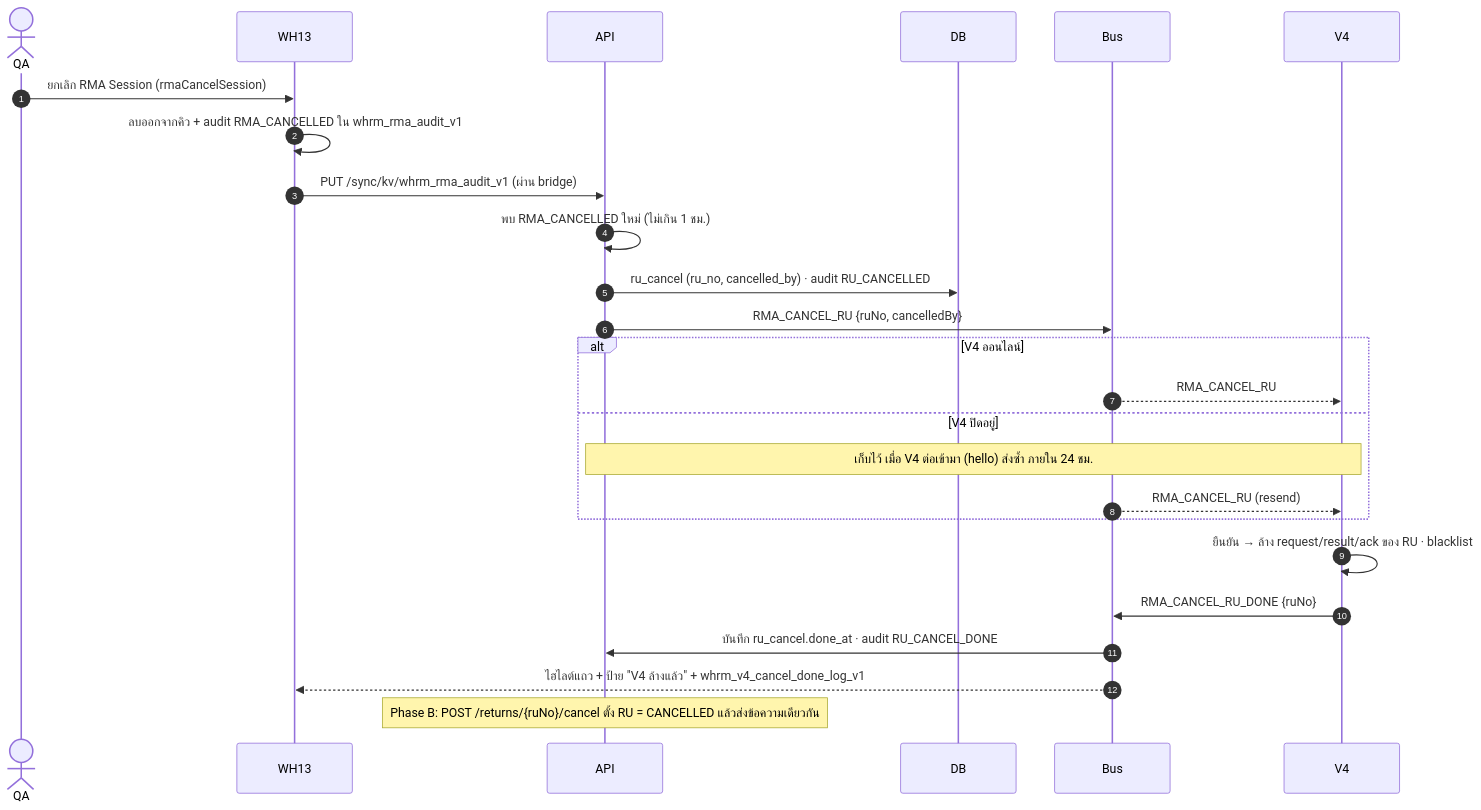
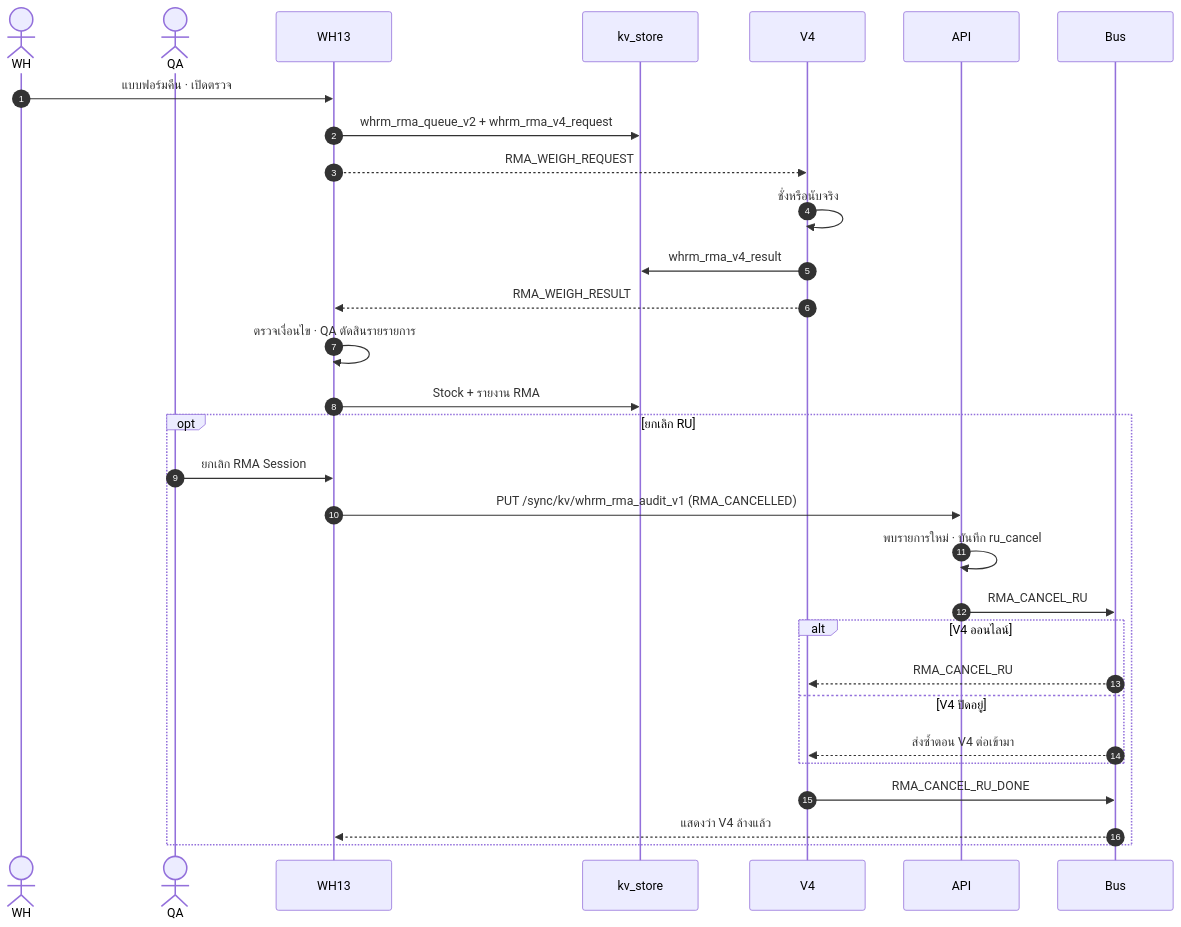
One commit to Aum2010/WHSM-1791103979 changed diagram 13 of 14 in docs/01-sequence-diagrams.md. Above: the diagram before and after it, drawn with Mermaid. The commit also changed other lines of this file and 3 other files, not shown here.

Commit message:
Docs: update sequence diagrams to current system; record customer decisions

````diff
--- a/docs/01-sequence-diagrams.md
+++ b/docs/01-sequence-diagrams.md
@@ -476,28 +446,33 @@
 ```mermaid
 sequenceDiagram
     autonumber
-    actor QA
+    actor WH
+    actor QAUser as QA
     participant WH13
+    participant KV as kv_store
+    participant V4
     participant API
-    participant DB
     participant Bus
-    participant V4
 
-    QA->>WH13: ยกเลิก RMA Session (rmaCancelSession)
-    WH13->>WH13: ลบออกจากคิว + audit RMA_CANCELLED ใน whrm_rma_audit_v1
-    WH13->>API: PUT /sync/kv/whrm_rma_audit_v1 (ผ่าน bridge)
-    API->>API: พบ RMA_CANCELLED ใหม่ (ไม่เกิน 1 ชม.)
-    API->>DB: ru_cancel (ru_no, cancelled_by) · audit RU_CANCELLED
-    API->>Bus: RMA_CANCEL_RU {ruNo, cancelledBy}
-    alt V4 ออนไลน์
-        Bus-->>V4: RMA_CANCEL_RU
-    else V4 ปิดอยู่
-        Note over API,V4: เก็บไว้ เมื่อ V4 ต่อเข้ามา (hello) ส่งซ้ำ ภายใน 24 ชม.
-        Bus-->>V4: RMA_CANCEL_RU (resend)
+    WH->>WH13: แบบฟอร์มคืน · เปิดตรวจ
+    WH13->>KV: whrm_rma_queue_v2 + whrm_rma_v4_request
+    WH13-->>V4: RMA_WEIGH_REQUEST
+    V4->>V4: ชั่งหรือนับจริง
+    V4->>KV: whrm_rma_v4_result
+    V4-->>WH13: RMA_WEIGH_RESULT
+    WH13->>WH13: ตรวจเงื่อนไข · QA ตัดสินรายรายการ
+    WH13->>KV: Stock + รายงาน RMA
+    opt ยกเลิก RU
+        QAUser->>WH13: ยกเลิก RMA Session
+        WH13->>API: PUT /sync/kv/whrm_rma_audit_v1 (RMA_CANCELLED)
+        API->>API: พบรายการใหม่ · บันทึก ru_cancel
+        API->>Bus: RMA_CANCEL_RU
+        alt V4 ออนไลน์
+            Bus-->>V4: RMA_CANCEL_RU
+        else V4 ปิดอยู่
+            Bus-->>V4: ส่งซ้ำตอน V4 ต่อเข้ามา
+        end
+        V4->>Bus: RMA_CANCEL_RU_DONE
+        Bus-->>WH13: แสดงว่า V4 ล้างแล้ว
     end
-    V4->>V4: ยืนยัน → ล้าง request/result/ack ของ RU · blacklist
-    V4->>Bus: RMA_CANCEL_RU_DONE {ruNo}
-    Bus->>API: บันทึก ru_cancel.done_at · audit RU_CANCEL_DONE
-    Bus-->>WH13: ไฮไลต์แถว + ป้าย "V4 ล้างแล้ว" + whrm_v4_cancel_done_log_v1
-    Note over API: Phase B: POST /returns/{ruNo}/cancel ตั้ง RU = CANCELLED แล้วส่งข้อความเดียวกัน
 ```
````
